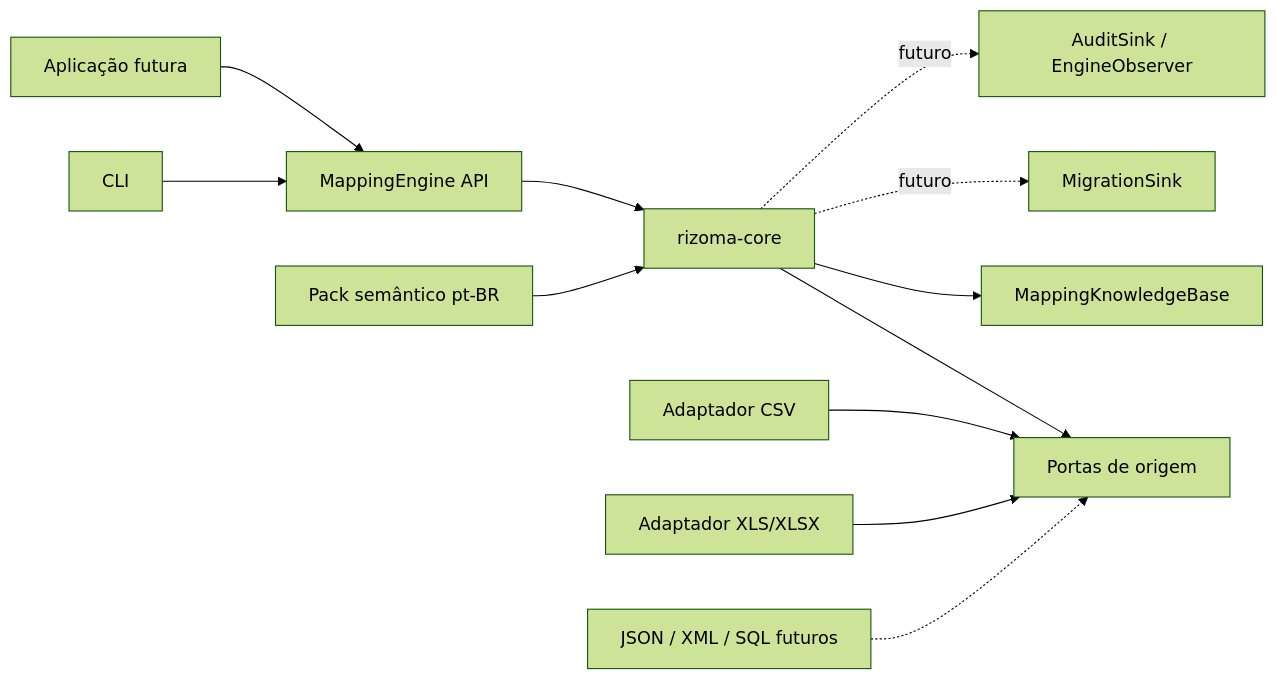
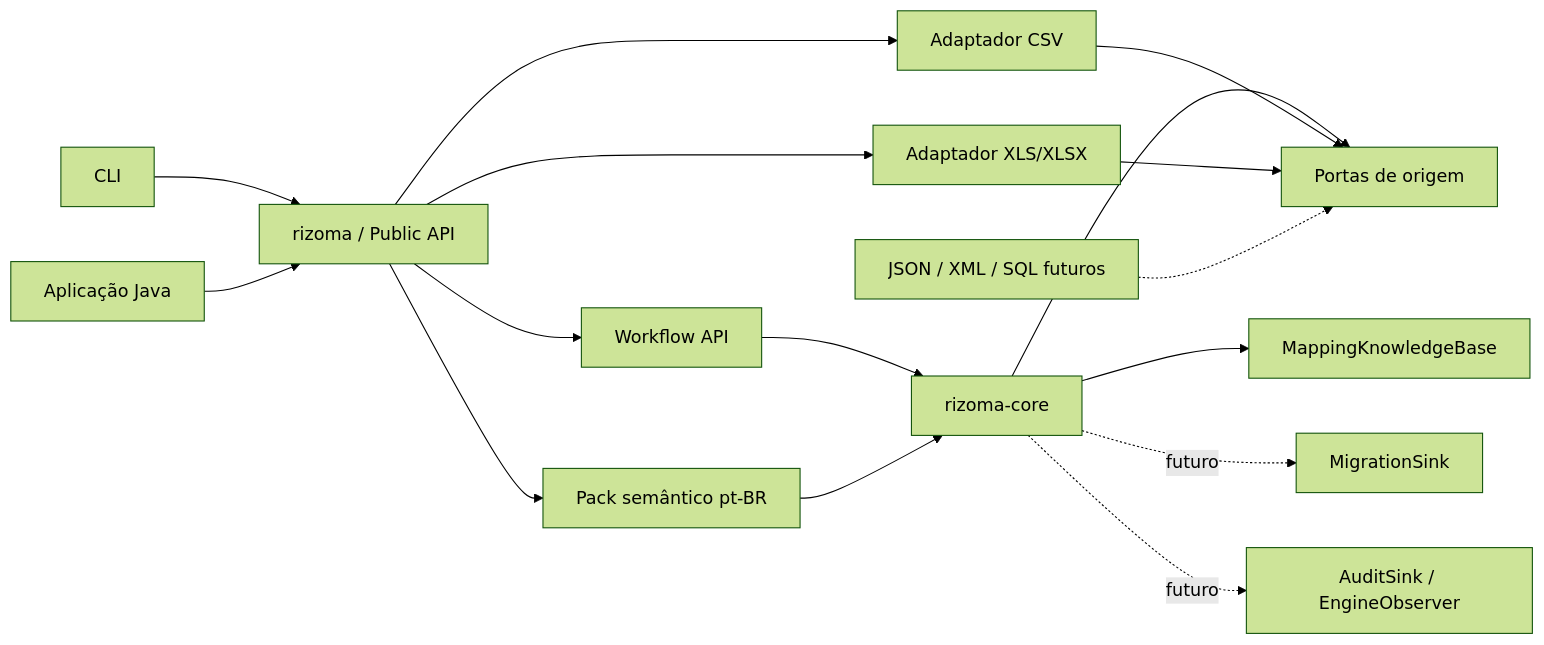
Before and after one commit to felipemacedo1/rizoma: the first of 3 diagrams in docs/architecture/TECHNICAL_SPECIFICATION.md, drawn with Mermaid (forest theme). The commit also changed other lines of this file and 219 other files, not shown here.

First line of the commit message:
feat: add adaptive layouts and public Java adoption API

````diff
--- a/docs/architecture/TECHNICAL_SPECIFICATION.md
+++ b/docs/architecture/TECHNICAL_SPECIFICATION.md
@@ -156,14 +159,18 @@
 ```mermaid
 flowchart LR
-    CLI[CLI] --> API[MappingEngine API]
-    APP[Aplicação futura] --> API
+    CLI[CLI] --> FACADE[rizoma / Public API]
+    APP[Aplicação Java] --> FACADE
+    FACADE --> API[Workflow API]
     API --> CORE[rizoma-core]
+    FACADE --> CSV
+    FACADE --> EXCEL
+    FACADE --> PTBR
     CORE --> SOURCE[Portas de origem]
     CORE --> KB[MappingKnowledgeBase]
     CORE -. futuro .-> SINK[MigrationSink]
     CORE -. futuro .-> OBS[AuditSink / EngineObserver]
     CSV[Adaptador CSV] --> SOURCE
     EXCEL[Adaptador XLS/XLSX] --> SOURCE
     FUTURE[JSON / XML / SQL futuros] -.-> SOURCE
     PTBR[Pack semântico pt-BR] --> CORE
 ```
````
